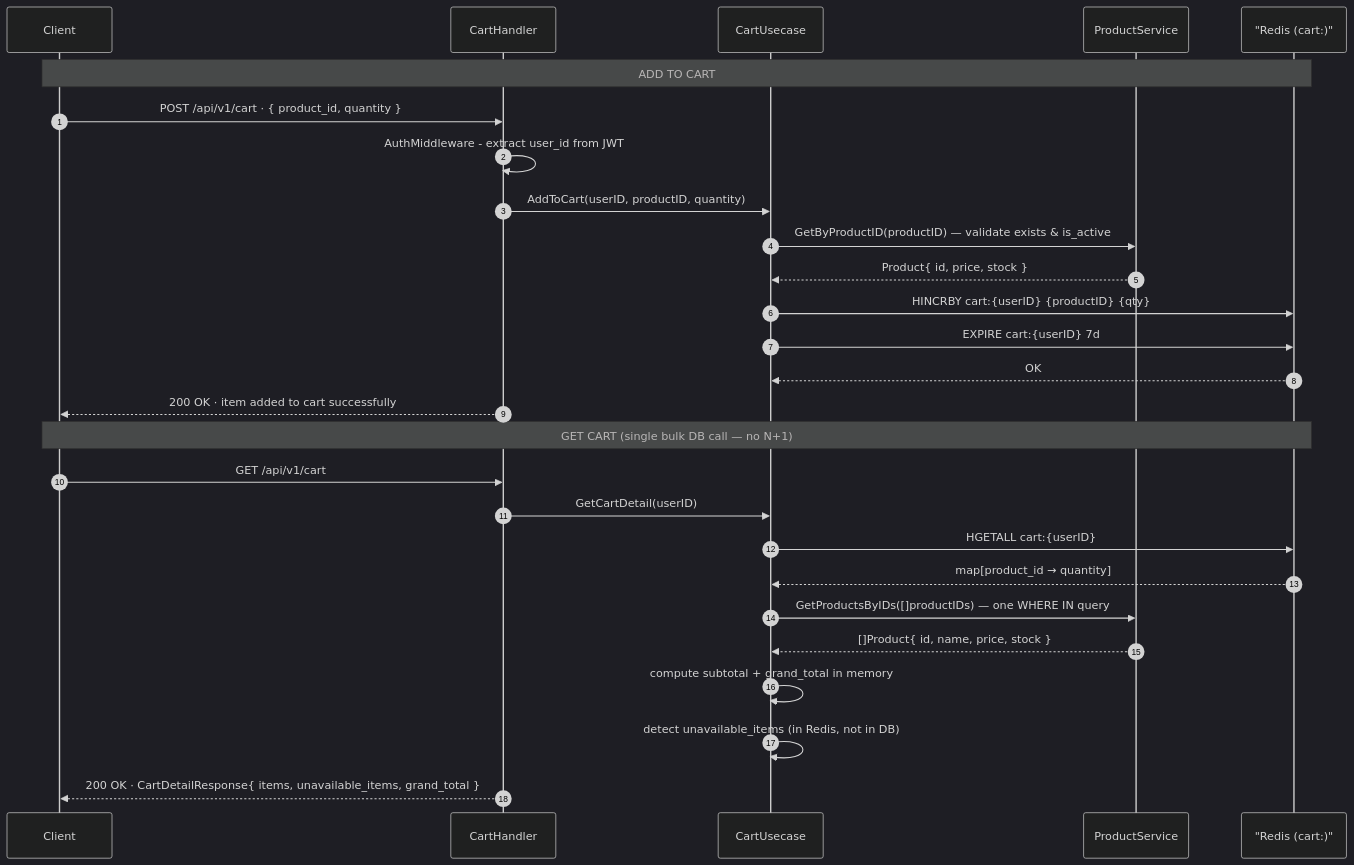
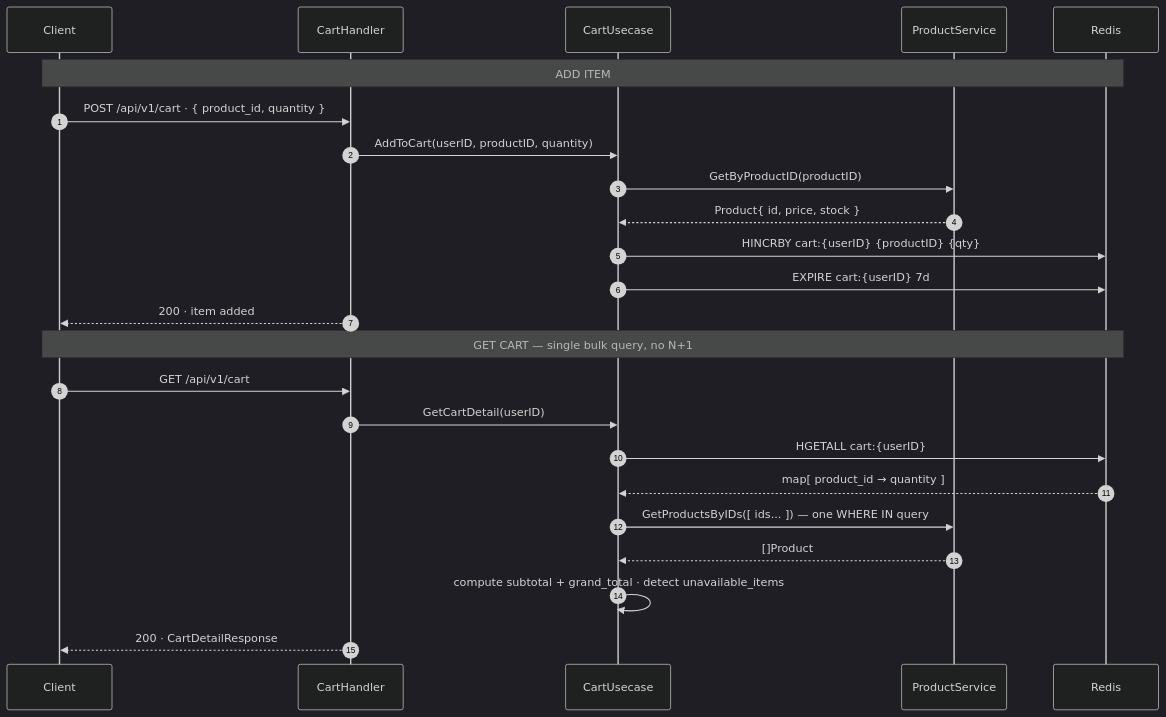
Before and after one commit to Mpayy/e-commerce: the second of 2 diagrams in README.md, drawn with Mermaid (dark theme). The commit also changed other lines of this file, not shown here.

````diff
--- a/README.md
+++ b/README.md
@@ -168,31 +166,28 @@
 ```mermaid
 sequenceDiagram
     autonumber
     participant C as Client
     participant H as CartHandler
     participant U as CartUsecase
     participant PS as ProductService
-    participant R as "Redis (cart:)"
+    participant R as Redis
 
-    Note over C,R: ADD TO CART
+    Note over C,R: ADD ITEM
     C->>H: POST /api/v1/cart · { product_id, quantity }
-    H->>H: AuthMiddleware - extract user_id from JWT
     H->>U: AddToCart(userID, productID, quantity)
-    U->>PS: GetByProductID(productID) — validate exists & is_active
+    U->>PS: GetByProductID(productID)
     PS-->>U: Product{ id, price, stock }
     U->>R: HINCRBY cart:{userID} {productID} {qty}
     U->>R: EXPIRE cart:{userID} 7d
-    R-->>U: OK
-    H-->>C: 200 OK · item added to cart successfully
+    H-->>C: 200 · item added
 
-    Note over C,R: GET CART (single bulk DB call — no N+1)
+    Note over C,R: GET CART — single bulk query, no N+1
     C->>H: GET /api/v1/cart
     H->>U: GetCartDetail(userID)
     U->>R: HGETALL cart:{userID}
-    R-->>U: map[product_id → quantity]
-    U->>PS: GetProductsByIDs([]productIDs) — one WHERE IN query
-    PS-->>U: []Product{ id, name, price, stock }
-    U->>U: compute subtotal + grand_total in memory
-    U->>U: detect unavailable_items (in Redis, not in DB)
-    H-->>C: 200 OK · CartDetailResponse{ items, unavailable_items, grand_total }
+    R-->>U: map[ product_id → quantity ]
+    U->>PS: GetProductsByIDs([ ids... ]) — one WHERE IN query
+    PS-->>U: []Product
+    U->>U: compute subtotal + grand_total · detect unavailable_items
+    H-->>C: 200 · CartDetailResponse
 ```
````
